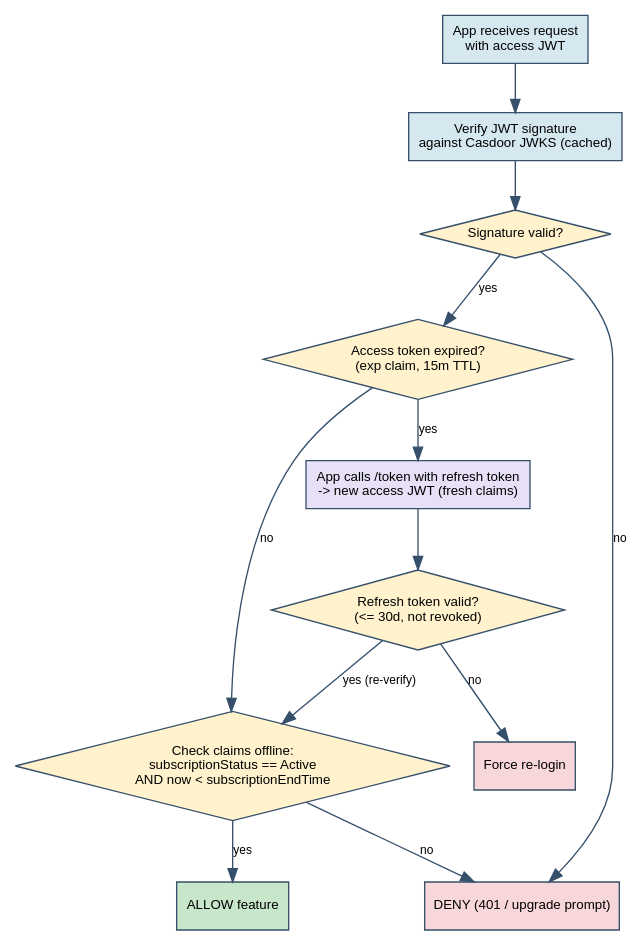
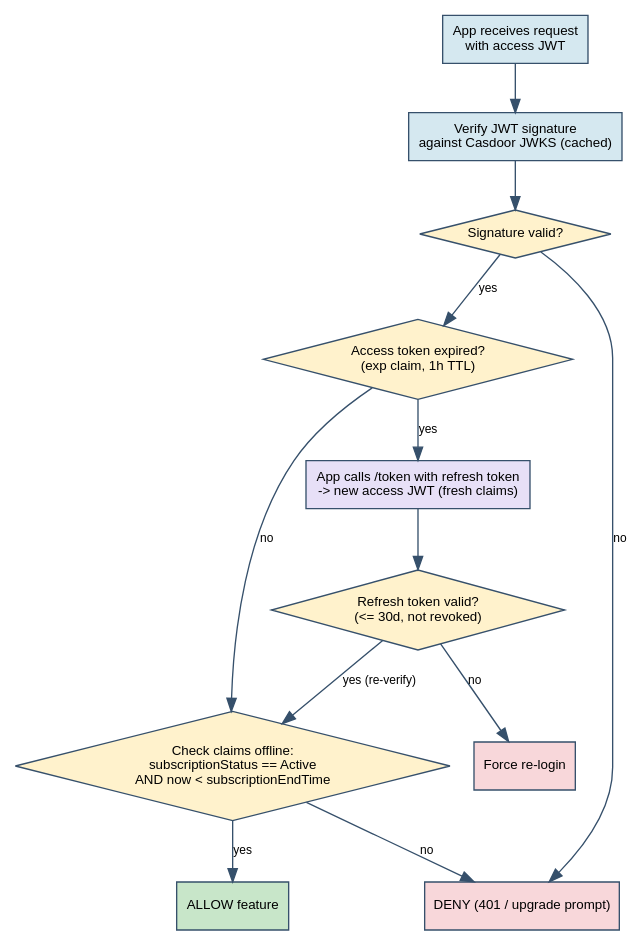
Before and after one commit to Nelson2SR/auth-server: the diagram in docs/technical/assets/04_token_check.dot, drawn with Graphviz. The commit also changed 7 other files, not shown here.

First line of the commit message:
docs: regenerate technical design doc with 1-hour access TTL

```diff
--- a/docs/technical/assets/04_token_check.dot
+++ b/docs/technical/assets/04_token_check.dot
@@ -1,31 +1,31 @@
 digraph tokencheck {
   rankdir=TB;
   bgcolor="white";
   node [fontname="Arial", fontsize=10, style="filled", shape=box, color="#36506b", fillcolor="#eef3f8"];
   edge [fontname="Arial", fontsize=9, color="#36506b"];
 
   req   [label="App receives request\nwith access JWT", fillcolor="#d5e8f0"];
   vsig  [label="Verify JWT signature\nagainst Casdoor JWKS (cached)", fillcolor="#d5e8f0"];
   sigok [label="Signature valid?", shape=diamond, fillcolor="#fff2cc"];
-  expd  [label="Access token expired?\n(exp claim, 15m TTL)", shape=diamond, fillcolor="#fff2cc"];
+  expd  [label="Access token expired?\n(exp claim, 1h TTL)", shape=diamond, fillcolor="#fff2cc"];
 
   refresh [label="App calls /token with refresh token\n-> new access JWT (fresh claims)", fillcolor="#e7e0f7"];
   refok   [label="Refresh token valid?\n(<= 30d, not revoked)", shape=diamond, fillcolor="#fff2cc"];
 
   subchk [label="Check claims offline:\nsubscriptionStatus == Active\nAND now < subscriptionEndTime", shape=diamond, fillcolor="#fff2cc"];
 
   allow [label="ALLOW feature", fillcolor="#c8e6c9"];
   deny  [label="DENY (401 / upgrade prompt)", fillcolor="#f8d7da"];
   login [label="Force re-login", fillcolor="#f8d7da"];
 
   req -> vsig -> sigok;
   sigok -> deny [label="no"];
   sigok -> expd [label="yes"];
   expd -> subchk [label="no"];
   expd -> refresh [label="yes"];
   refresh -> refok;
   refok -> login [label="no"];
   refok -> subchk [label="yes (re-verify)"];
   subchk -> allow [label="yes"];
   subchk -> deny [label="no"];
 }
```
